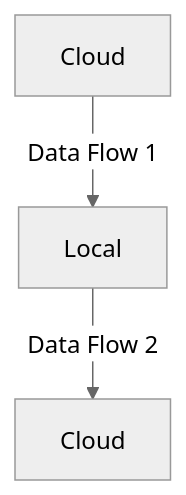
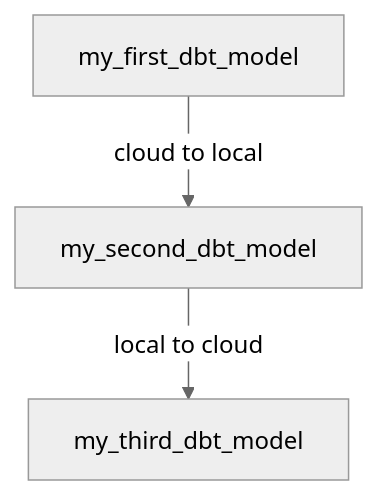
One commit to motherduckdb/motherduck-examples changed the diagram in dbt-dual-execution/README.md. Above: the diagram before and after it, drawn with Mermaid (neutral theme).

Commit message:
update mermaid chart

````diff
--- a/dbt-dual-execution/README.md
+++ b/dbt-dual-execution/README.md
@@ -33,5 +33,5 @@
 ```mermaid
 graph TD
-    A[Cloud] -->|Data Flow 1| B[Local]
-    B -->|Data Flow 2| C[Cloud]
+    A[my_first_dbt_model] -->|cloud to local| B[my_second_dbt_model]
+    B -->|local to cloud| C[my_third_dbt_model]
 ```
````
